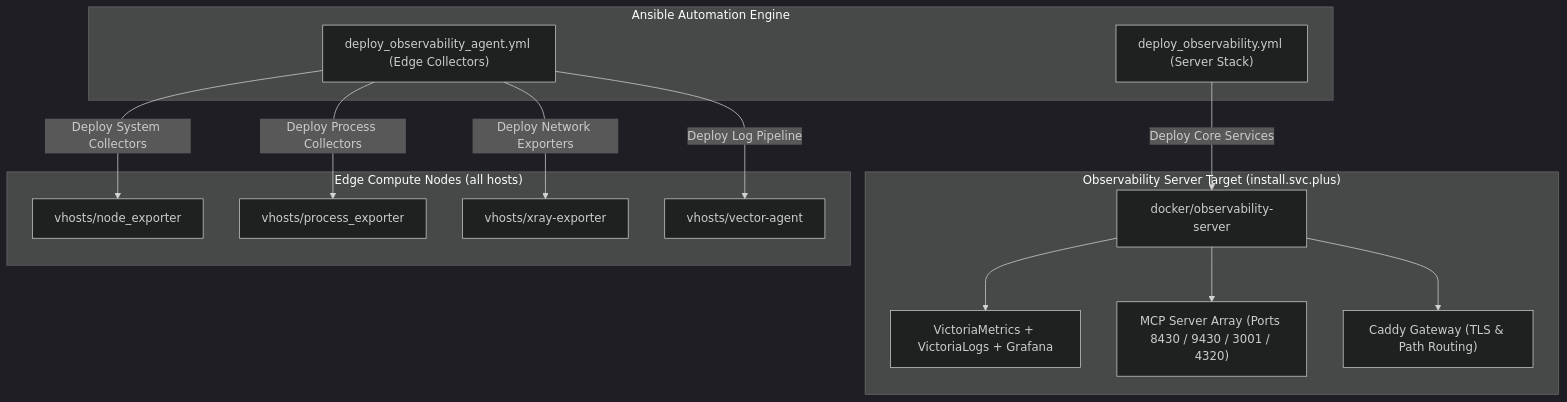
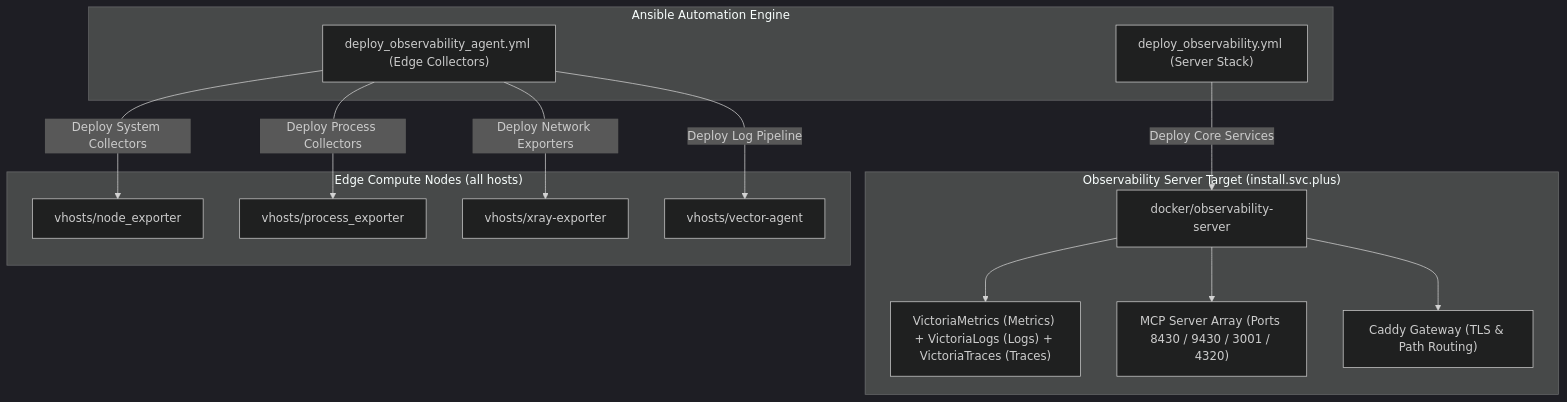
Before and after one commit to Cloud-Neutral-Workshop/knowledge: the first of 2 diagrams in content/03-observability/observability-server-core.en.md, drawn with Mermaid (dark theme). The commit also changed other lines of this file and 1 other file, not shown here.

Commit message:
docs(observability): add VictoriaTraces architecture, OTLP integration and MCP details (zh & en)

````diff
--- a/content/03-observability/observability-server-core.en.md
+++ b/content/03-observability/observability-server-core.en.md
@@ -55,31 +72,31 @@
 ```mermaid
 graph TD
     subgraph ControlPlane ["Ansible Automation Engine"]
         P1["deploy_observability.yml (Server Stack)"]
         P2["deploy_observability_agent.yml (Edge Collectors)"]
     end
 
     subgraph ServerHost ["Observability Server Target (install.svc.plus)"]
         RoleServer["docker/observability-server"]
-        CoreStack["VictoriaMetrics + VictoriaLogs + Grafana"]
+        CoreStack["VictoriaMetrics (Metrics) + VictoriaLogs (Logs) + VictoriaTraces (Traces)"]
         MCPArray["MCP Server Array (Ports 8430 / 9430 / 3001 / 4320)"]
         Gateway["Caddy Gateway (TLS & Path Routing)"]
     end
 
     subgraph EdgeHosts ["Edge Compute Nodes (all hosts)"]
         RoleNode["vhosts/node_exporter"]
         RoleProc["vhosts/process_exporter"]
         RoleXray["vhosts/xray-exporter"]
         RoleVector["vhosts/vector-agent"]
     end
 
     P1 -->|Deploy Core Services| RoleServer
     RoleServer --> CoreStack
     RoleServer --> MCPArray
     RoleServer --> Gateway
 
     P2 -->|Deploy System Collectors| RoleNode
     P2 -->|Deploy Process Collectors| RoleProc
     P2 -->|Deploy Network Exporters| RoleXray
     P2 -->|Deploy Log Pipeline| RoleVector
 ```
````
